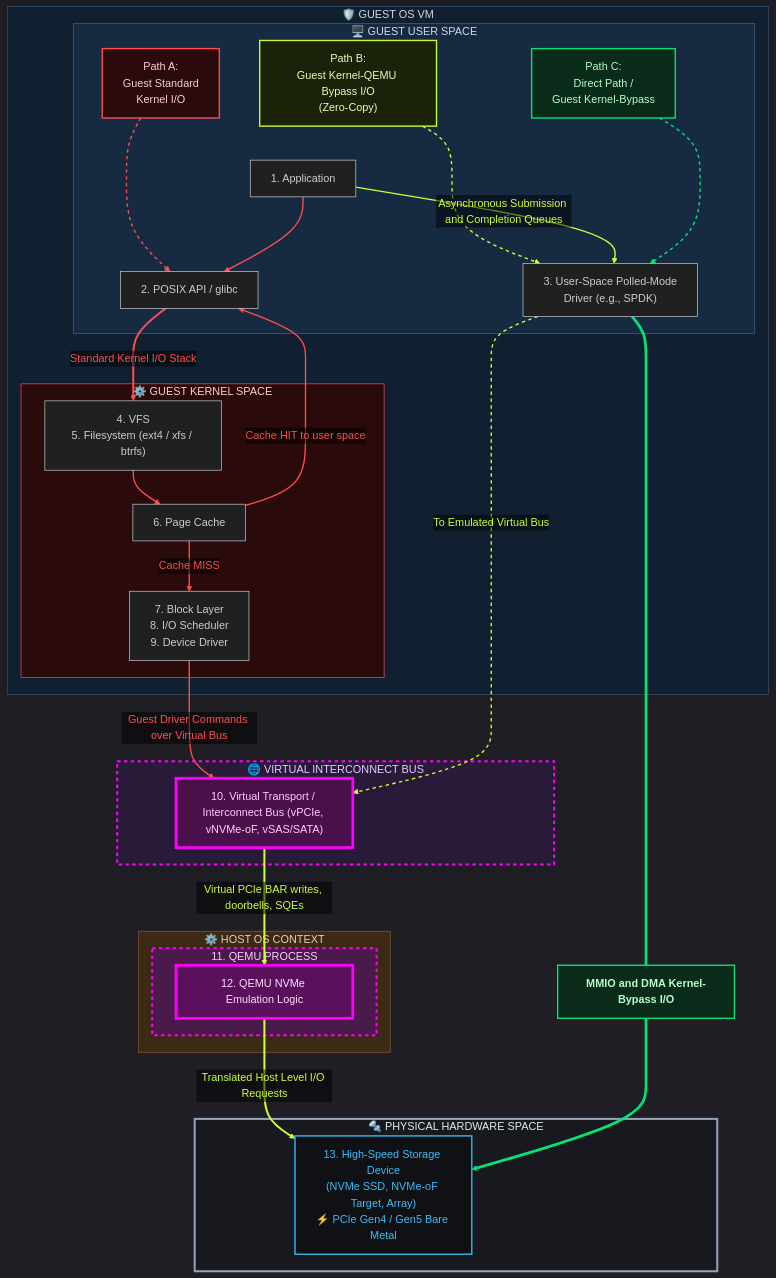
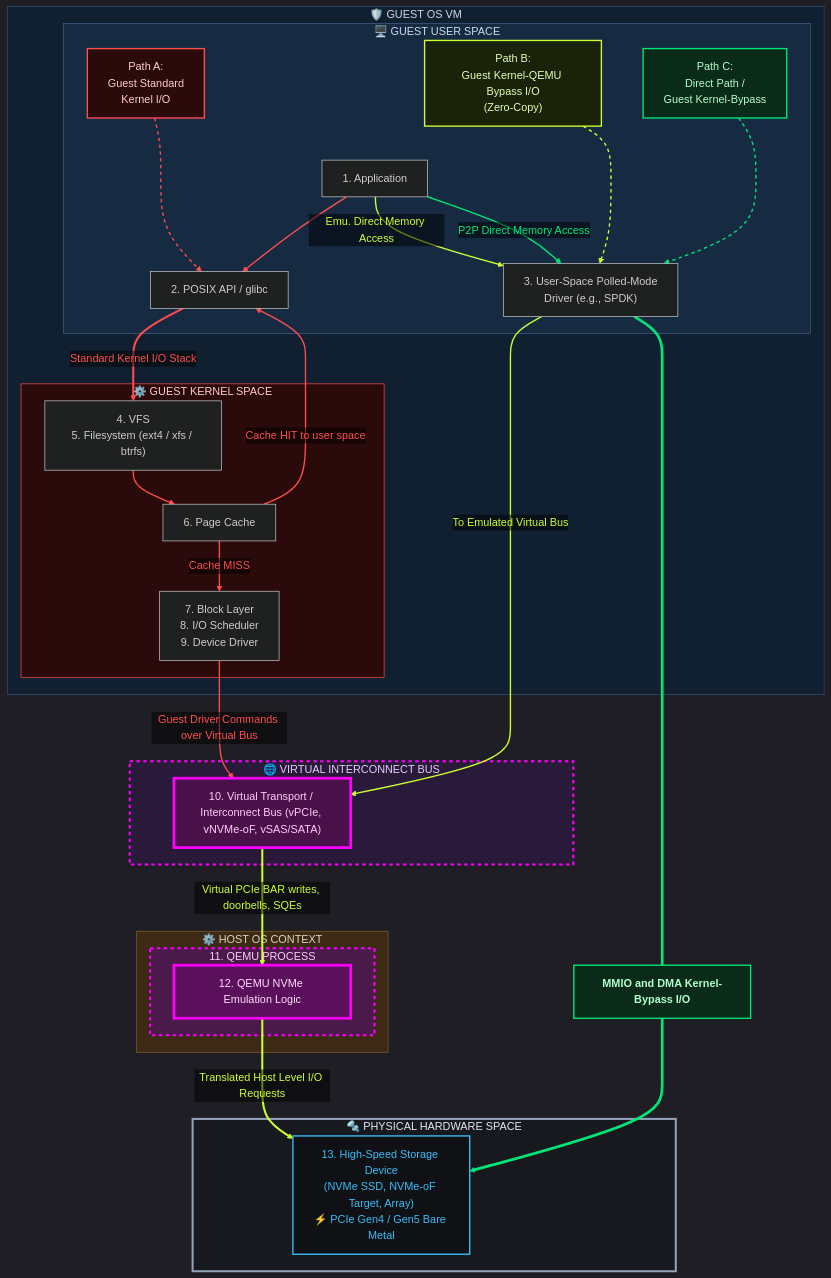
One commit to SiliconLanguage/dataplane-emu changed the diagram in docs/arch/qemu-nvme-storage-stack.md. Above: the diagram before and after it, drawn with Mermaid.

Commit message:
line style, color updates

````diff
--- a/docs/arch/qemu-nvme-storage-stack.md
+++ b/docs/arch/qemu-nvme-storage-stack.md
@@ -66,14 +66,15 @@
     %% --- PATH B (YELLOW-GREEN) ---
     %% Indices 10, 11, 12, 13, 14
     PB -.-> N3
-    N1 -->|Asynchronous Submission and Completion Queues| N3
-    N3 -.->|To Emulated Virtual Bus| N10
+    N1 -->|Emu. Direct Memory Access| N3
+    N3 -->|To Emulated Virtual Bus| N10
     N10 == Virtual PCIe BAR writes, doorbells, SQEs ==> N12
     N12 == Translated Host Level I/O Requests ==> N13
     
     %% --- PATH C (GREEN) ---
-    %% Indices 15, 16, 17
+    %% Indices 15, 16, 17, 18
     PC -.-> N3
+    N1 -->|P2P Direct Memory Access| N3
     N3 === LBL_C
     LBL_C ==> N13
 
@@ -102,17 +103,17 @@
     style N13 fill:#0f1115,color:#38bdf8,stroke:#38bdf8,stroke-width:2px
 
     %% Path A Links (Red)
-    linkStyle 4,6 stroke:#ff4d4d,stroke-width:2px,color:#ff4d4d
     linkStyle 3 stroke:#ff4d4d,stroke-width:2px,stroke-dasharray: 5 5,color:#ff4d4d
+    linkStyle 4,6,7,8,9 stroke:#ff4d4d,stroke-width:2px,color:#ff4d4d
     linkStyle 5 stroke:#ff4d4d,stroke-width:3px,color:#ff4d4d
-    linkStyle 7,8,9 stroke:#ff4d4d,stroke-width:2px,color:#ff4d4d
 
     %% Path B Links (Yellow-Green)
-    linkStyle 11 stroke:#ccff33,stroke-width:2px,color:#ccff33
-    linkStyle 10,12 stroke:#ccff33,stroke-width:2px,stroke-dasharray: 5 5,color:#ccff33
+    linkStyle 10 stroke:#ccff33,stroke-width:2px,stroke-dasharray: 5 5,color:#ccff33
+    linkStyle 11,12 stroke:#ccff33,stroke-width:2px,color:#ccff33
     linkStyle 13,14 stroke:#ccff33,stroke-width:3px,color:#ccff33
 
     %% Path C Links (Green)
     linkStyle 15 stroke:#00e676,stroke-width:2px,stroke-dasharray: 5 5,color:#00e676
-    linkStyle 16,17 stroke:#00e676,stroke-width:4px,color:#00e676
+    linkStyle 16 stroke:#00e676,stroke-width:2px,color:#00e676
+    linkStyle 17,18 stroke:#00e676,stroke-width:4px,color:#00e676
 ```
````
